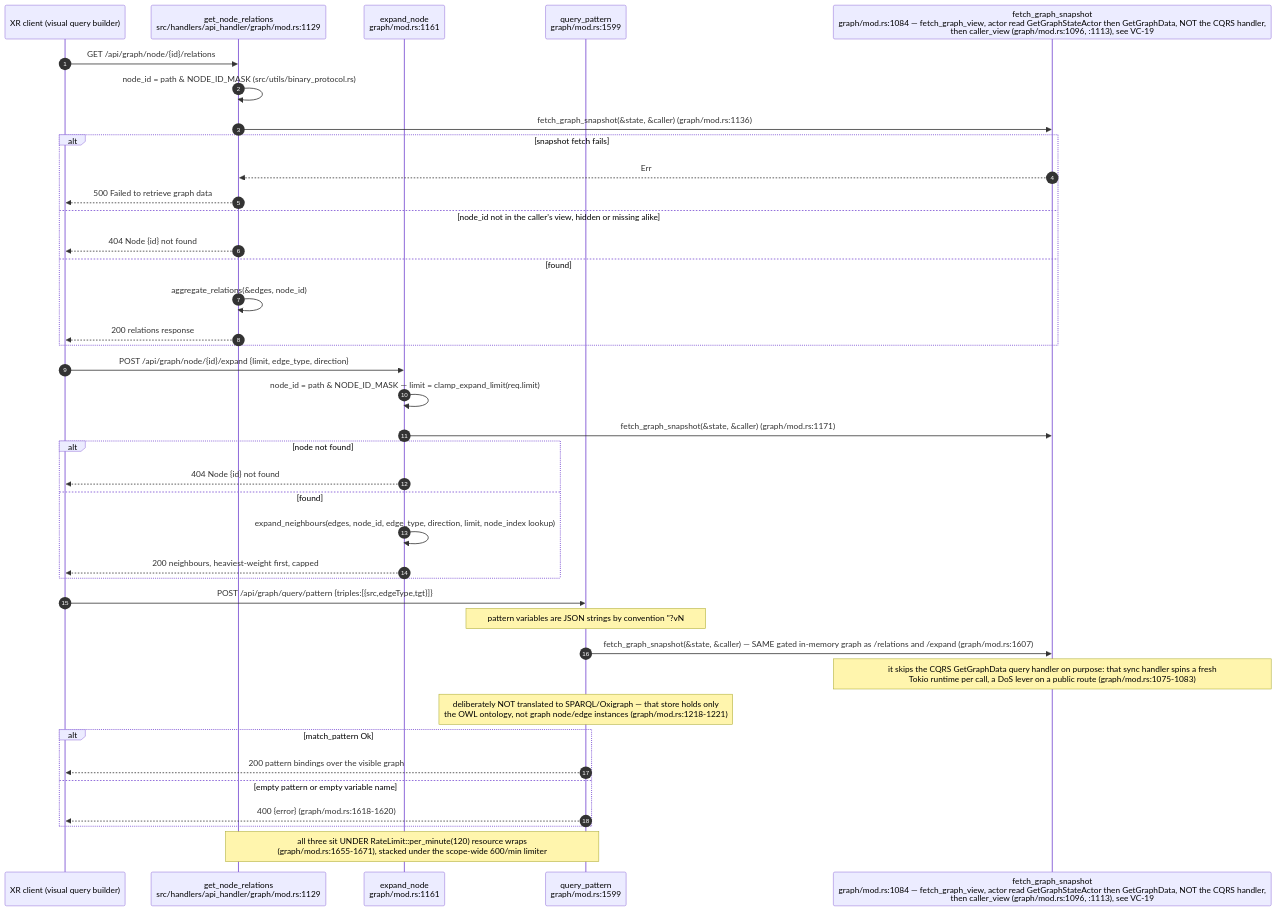
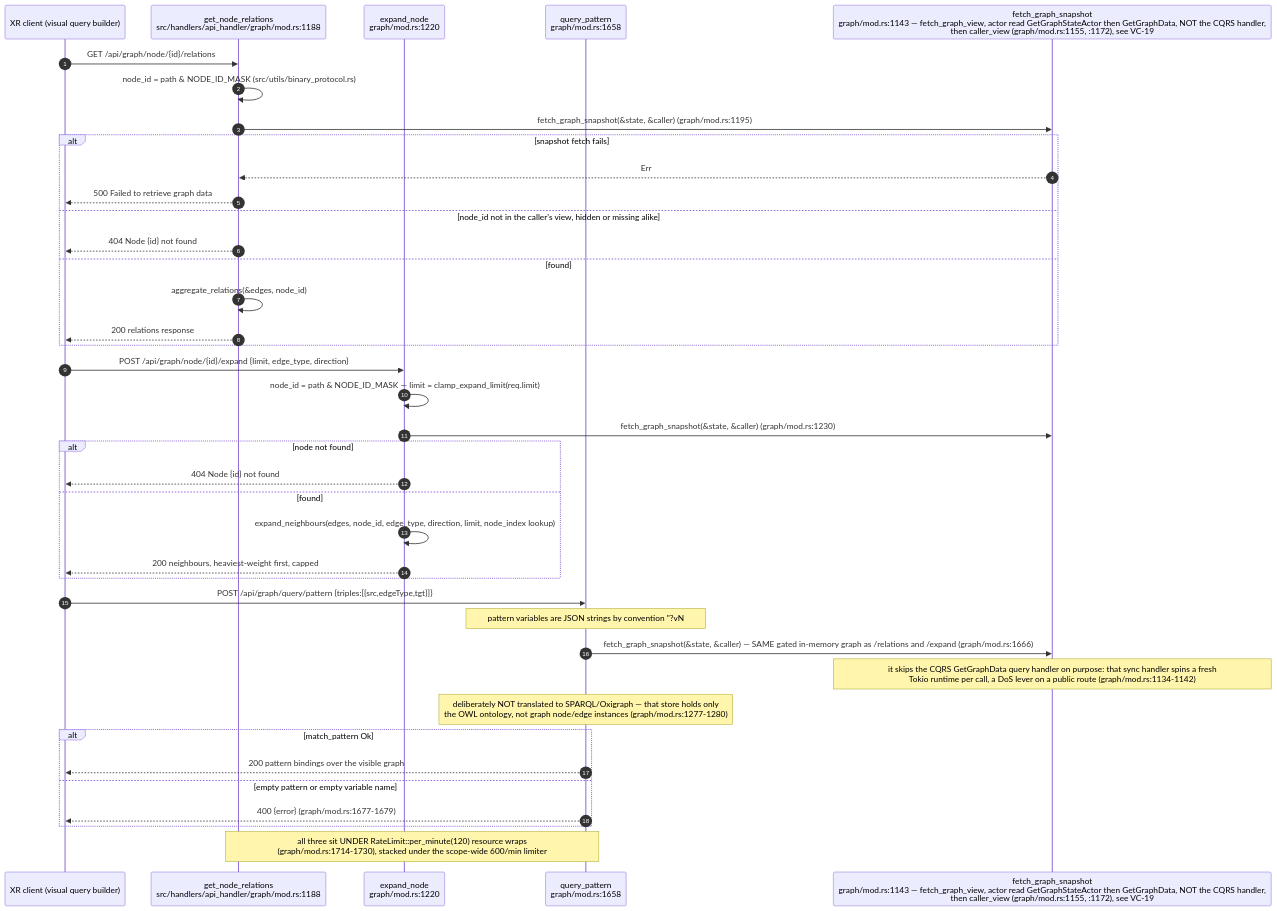
Before and after one commit to DreamLab-AI/VisionFlow: the second of 24 diagrams in docs/diagrams/visionclaw/04-handlers-graph-and-state.md, drawn with Mermaid. The commit also changed other lines of this file and 81 other files, not shown here.

First line of the commit message:
docs(diagrams): roll VisionClaw topics to main 010e1109b (PR 37 and 38 merged); fix remaining prose citations

````diff
--- a/docs/diagrams/visionclaw/04-handlers-graph-and-state.md
+++ b/docs/diagrams/visionclaw/04-handlers-graph-and-state.md
@@ -139,42 +139,42 @@
 ```mermaid
 sequenceDiagram
     autonumber
     participant C as XR client (visual query builder)
-    participant GR as get_node_relations<br/>src/handlers/api_handler/graph/mod.rs:1129
-    participant EX as expand_node<br/>graph/mod.rs:1161
-    participant QP as query_pattern<br/>graph/mod.rs:1599
-    participant SNAP as fetch_graph_snapshot<br/>graph/mod.rs:1084 — fetch_graph_view, actor read GetGraphStateActor then GetGraphData, NOT the CQRS handler,<br/>then caller_view (graph/mod.rs:1096, :1113), see VC-19
+    participant GR as get_node_relations<br/>src/handlers/api_handler/graph/mod.rs:1188
+    participant EX as expand_node<br/>graph/mod.rs:1220
+    participant QP as query_pattern<br/>graph/mod.rs:1658
+    participant SNAP as fetch_graph_snapshot<br/>graph/mod.rs:1143 — fetch_graph_view, actor read GetGraphStateActor then GetGraphData, NOT the CQRS handler,<br/>then caller_view (graph/mod.rs:1155, :1172), see VC-19
 
     C->>GR: GET /api/graph/node/{id}/relations
     GR->>GR: node_id = path & NODE_ID_MASK (src/utils/binary_protocol.rs)
-    GR->>SNAP: fetch_graph_snapshot(&state, &caller) (graph/mod.rs:1136)
+    GR->>SNAP: fetch_graph_snapshot(&state, &caller) (graph/mod.rs:1195)
     alt snapshot fetch fails
         SNAP-->>GR: Err
         GR-->>C: 500 Failed to retrieve graph data
     else node_id not in the caller's view, hidden or missing alike
         GR-->>C: 404 Node {id} not found
     else found
         GR->>GR: aggregate_relations(&edges, node_id)
         GR-->>C: 200 relations response
     end
     C->>EX: POST /api/graph/node/{id}/expand {limit, edge_type, direction}
     EX->>EX: node_id = path & NODE_ID_MASK — limit = clamp_expand_limit(req.limit)
-    EX->>SNAP: fetch_graph_snapshot(&state, &caller) (graph/mod.rs:1171)
+    EX->>SNAP: fetch_graph_snapshot(&state, &caller) (graph/mod.rs:1230)
     alt node not found
         EX-->>C: 404 Node {id} not found
     else found
         EX->>EX: expand_neighbours(edges, node_id, edge_type, direction, limit, node_index lookup)
         EX-->>C: 200 neighbours, heaviest-weight first, capped
     end
     C->>QP: POST /api/graph/query/pattern {triples:[{src,edgeType,tgt}]}
-    Note over QP: pattern variables are JSON strings by convention #quot;?vN#quot —<br/>concrete ids are JSON numbers, masked with NODE_ID_MASK (graph/mod.rs:1223-1229)
-    QP->>SNAP: fetch_graph_snapshot(&state, &caller) — SAME gated in-memory graph as /relations and /expand (graph/mod.rs:1607)
-    Note over SNAP: it skips the CQRS GetGraphData query handler on purpose: that sync handler spins a fresh<br/>Tokio runtime per call, a DoS lever on a public route (graph/mod.rs:1075-1083)
-    Note over QP: deliberately NOT translated to SPARQL/Oxigraph — that store holds only<br/>the OWL ontology, not graph node/edge instances (graph/mod.rs:1218-1221)
+    Note over QP: pattern variables are JSON strings by convention #quot;?vN#quot —<br/>concrete ids are JSON numbers, masked with NODE_ID_MASK (graph/mod.rs:1282-1288)
+    QP->>SNAP: fetch_graph_snapshot(&state, &caller) — SAME gated in-memory graph as /relations and /expand (graph/mod.rs:1666)
+    Note over SNAP: it skips the CQRS GetGraphData query handler on purpose: that sync handler spins a fresh<br/>Tokio runtime per call, a DoS lever on a public route (graph/mod.rs:1134-1142)
+    Note over QP: deliberately NOT translated to SPARQL/Oxigraph — that store holds only<br/>the OWL ontology, not graph node/edge instances (graph/mod.rs:1277-1280)
     alt match_pattern Ok
         QP-->>C: 200 pattern bindings over the visible graph
     else empty pattern or empty variable name
-        QP-->>C: 400 {error} (graph/mod.rs:1618-1620)
+        QP-->>C: 400 {error} (graph/mod.rs:1677-1679)
     end
-    Note over GR,QP: all three sit UNDER RateLimit::per_minute(120) resource wraps<br/>(graph/mod.rs:1655-1671), stacked under the scope-wide 600/min limiter
+    Note over GR,QP: all three sit UNDER RateLimit::per_minute(120) resource wraps<br/>(graph/mod.rs:1714-1730), stacked under the scope-wide 600/min limiter
 ```
````
